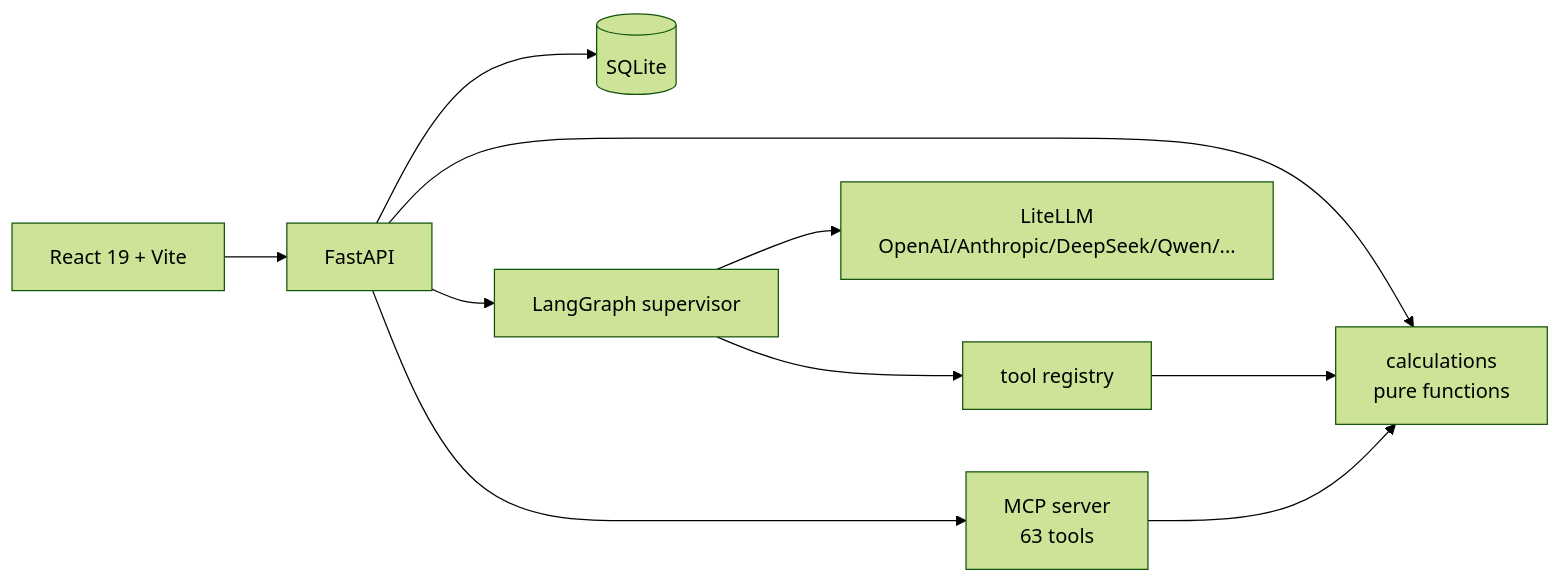
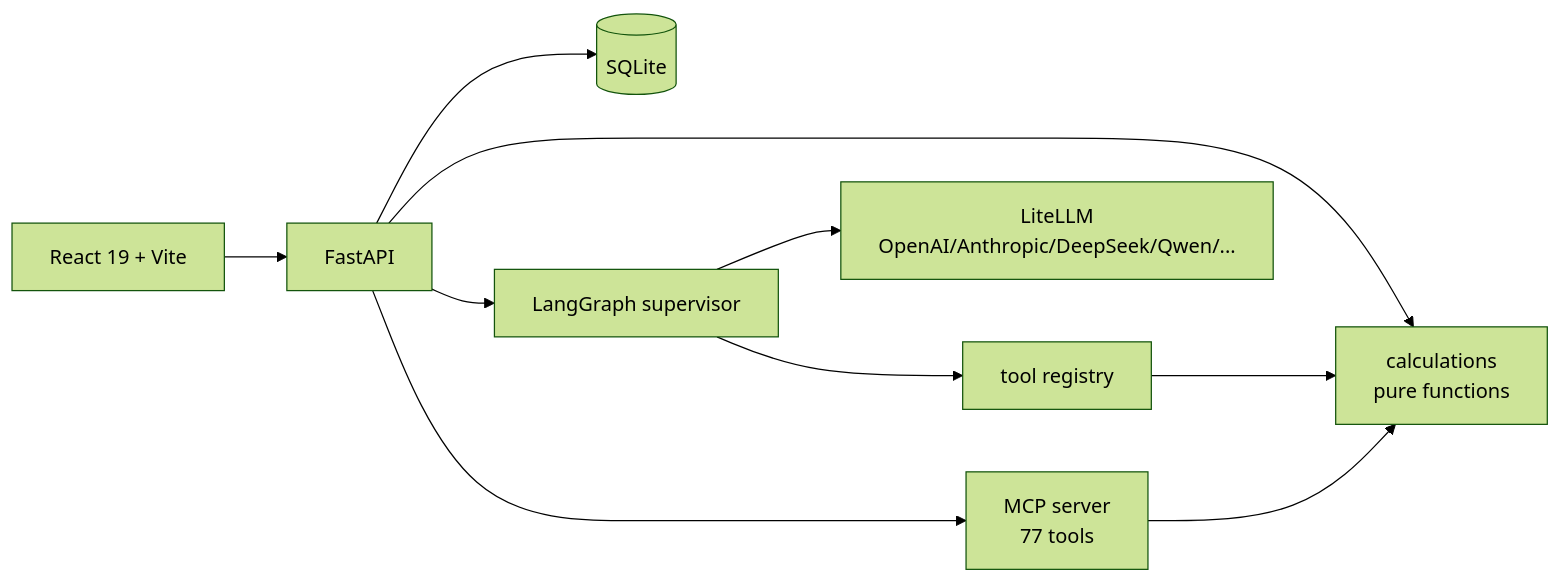
Before and after one commit to badhope/moneyhelper: the diagram in README.md, drawn with Mermaid (forest theme). The commit also changed other lines of this file and 18 other files, not shown here.

````diff
--- a/README.md
+++ b/README.md
@@ -124,12 +124,12 @@
 ```mermaid
 flowchart LR
   UI[React 19 + Vite] --> API[FastAPI]
   API --> CALC[calculations<br/>pure functions]
   API --> DB[(SQLite)]
   API --> AGENT[LangGraph supervisor]
   AGENT --> TOOLS[tool registry]
   TOOLS --> CALC
   AGENT --> LLM[LiteLLM<br/>OpenAI/Anthropic/DeepSeek/Qwen/...]
-  API --> MCP[MCP server<br/>63 tools]
+  API --> MCP[MCP server<br/>77 tools]
   MCP --> CALC
 ```
````
